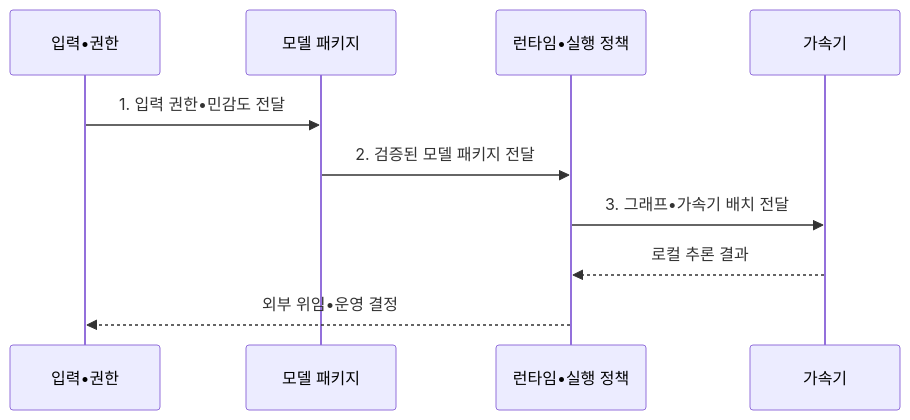
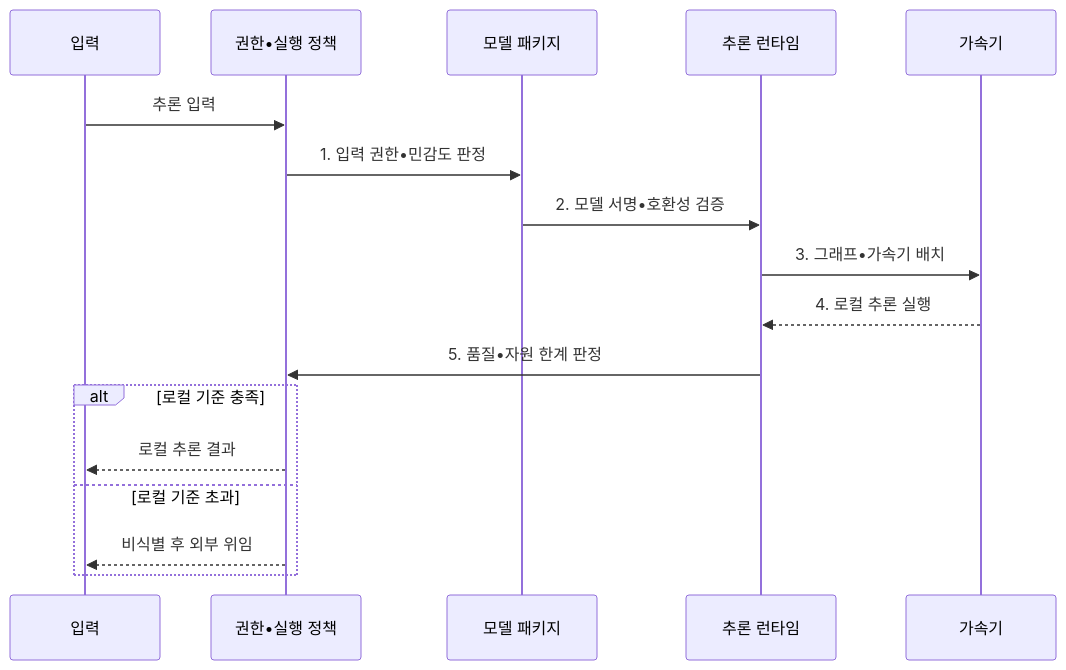
One commit to agnusdei1207/knowledge-base changed the second of 2 diagrams in src/content/docs/notes/08-latest-tech/050_on_device_ai.md. Above: the diagram before and after it, drawn with Mermaid. The commit also changed other lines of this file and 15 other files, not shown here.

````diff
--- a/src/content/docs/notes/08-latest-tech/050_on_device_ai.md
+++ b/src/content/docs/notes/08-latest-tech/050_on_device_ai.md
@@ -108,12 +108,19 @@
 ```mermaid
 sequenceDiagram
-    participant I as 입력•권한
+    participant I as 입력
+    participant S as 권한•실행 정책
     participant P as 모델 패키지
-    participant R as 런타임•실행 정책
+    participant R as 추론 런타임
     participant A as 가속기
-    I->>P: 1. 입력 권한•민감도 전달
-    P->>R: 2. 검증된 모델 패키지 전달
-    R->>A: 3. 그래프•가속기 배치 전달
-    A-->>R: 로컬 추론 결과
-    R-->>I: 외부 위임•운영 결정
+    I->>S: 추론 입력
+    S->>P: 1. 입력 권한•민감도 판정
+    P->>R: 2. 모델 서명•호환성 검증
+    R->>A: 3. 그래프•가속기 배치
+    A-->>R: 4. 로컬 추론 실행
+    R->>S: 5. 품질•자원 한계 판정
+    alt 로컬 기준 충족
+        S-->>I: 로컬 추론 결과
+    else 로컬 기준 초과
+        S-->>I: 비식별 후 외부 위임
+    end
 ```
````
